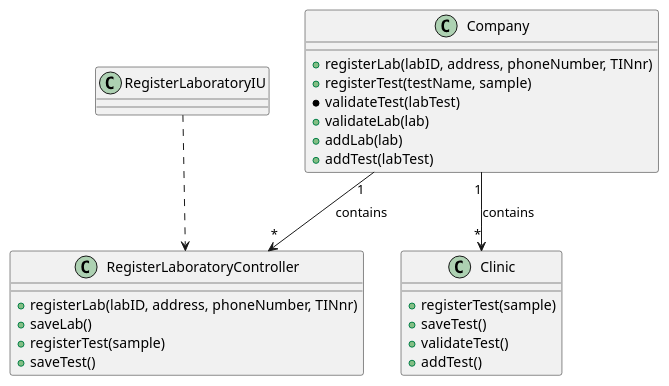
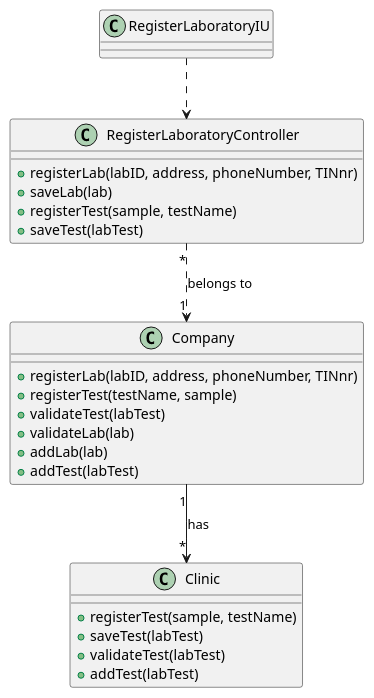
One commit to jsmarques98/LAPR2-ISEP changed the diagram in docs/SprintB/US8/US8_CD.puml. Above: the diagram before and after it, drawn with PlantUML. The commit also changed 1 other file, not shown here.

```diff
--- a/docs/SprintB/US8/US8_CD.puml
+++ b/docs/SprintB/US8/US8_CD.puml
@@ -1,35 +1,35 @@
 @startuml
 
 skinparam classAtributionIconSize 0
 
 class RegisterLaboratoryIU
 
 class RegisterLaboratoryController {
     +registerLab(labID, address, phoneNumber, TINnr)
-    +saveLab()
-    +registerTest(sample)
-    +saveTest()
+    +saveLab(lab)
+    +registerTest(sample, testName)
+    +saveTest(labTest)
 }
 
 class Clinic {
-    +registerTest(sample)
-    +saveTest()
-    +validateTest()
-    +addTest()
+    +registerTest(sample, testName)
+    +saveTest(labTest)
+    +validateTest(labTest)
+    +addTest(labTest)
   }
 
 class Company {
     +registerLab(labID, address, phoneNumber, TINnr)
     +registerTest(testName, sample)
-    *validateTest(labTest)
+    +validateTest(labTest)
     +validateLab(lab)
     +addLab(lab)
     +addTest(labTest)
 
 }
 
 RegisterLaboratoryIU ..> RegisterLaboratoryController
-Company "1" --> "*" Clinic : contains
-Company "1" --> "*" RegisterLaboratoryController : contains
+Company "1" --> "*" Clinic : has
+RegisterLaboratoryController "*" ..> "1" Company : belongs to
 
 @enduml
```
